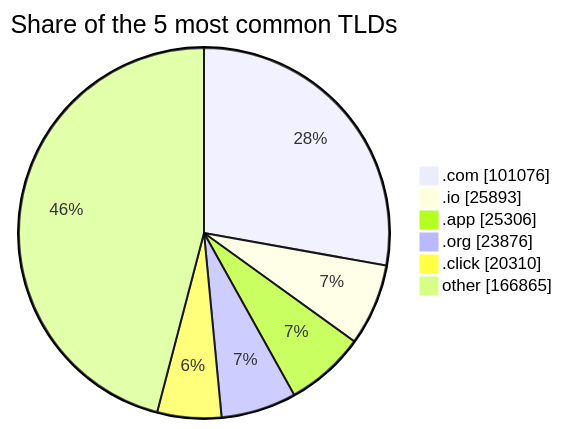
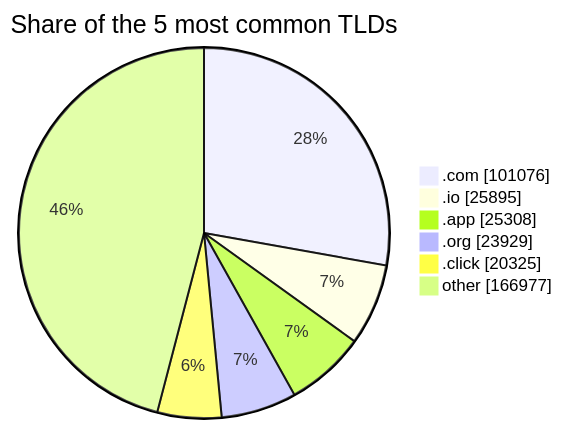
Before and after one commit to DNSBunker/CTI: the third of 3 diagrams in README.md, drawn with Mermaid. The commit also changed other lines of this file and 3 other files, not shown here.

````diff
--- a/README.md
+++ b/README.md
@@ -81,9 +81,9 @@
 ```mermaid
 pie showData title Share of the 5 most common TLDs
     ".com" : 101076
-    ".io" : 25893
-    ".app" : 25306
-    ".org" : 23876
-    ".click" : 20310
-    "other" : 166865
+    ".io" : 25895
+    ".app" : 25308
+    ".org" : 23929
+    ".click" : 20325
+    "other" : 166977
 ```
````
